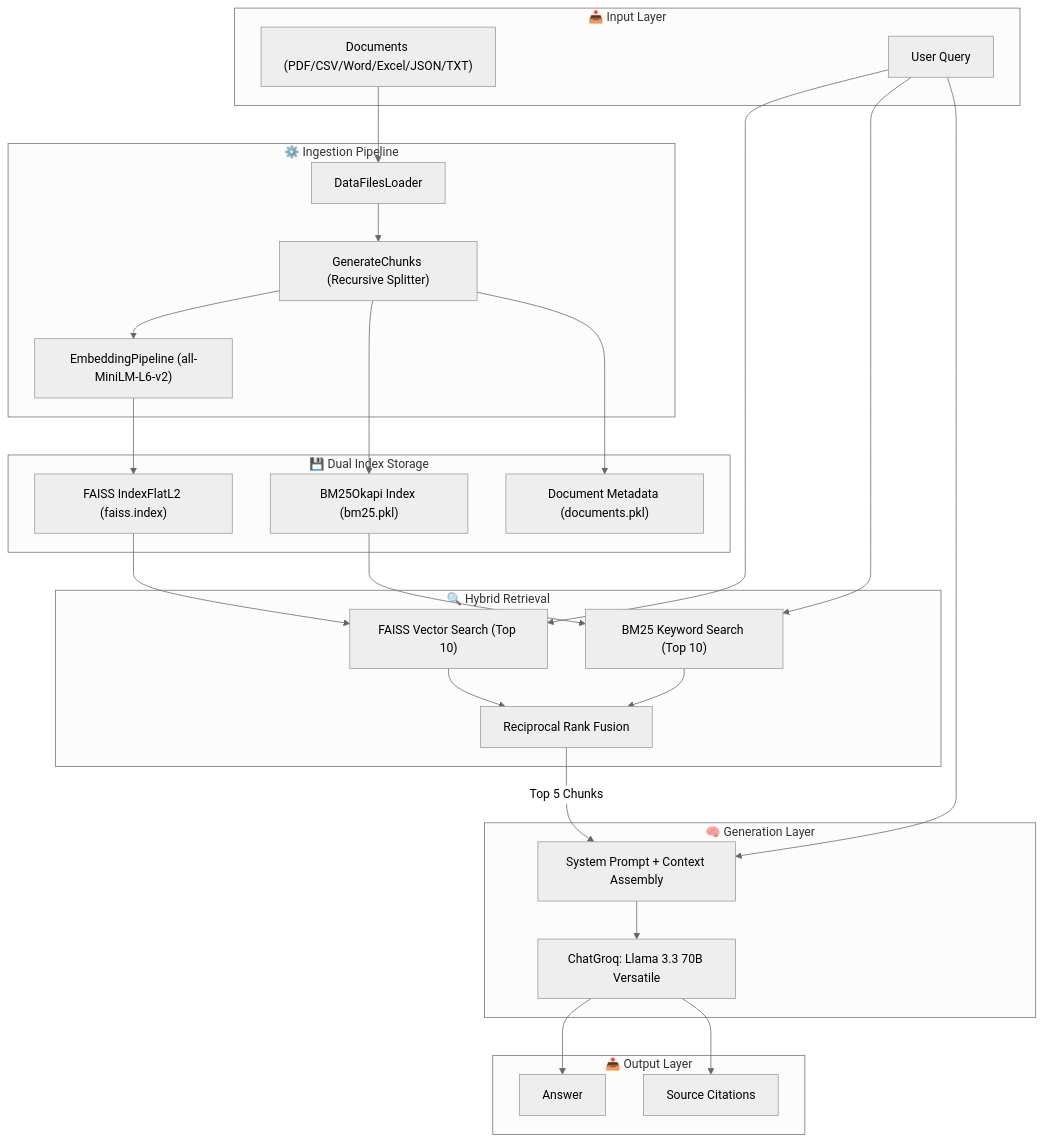
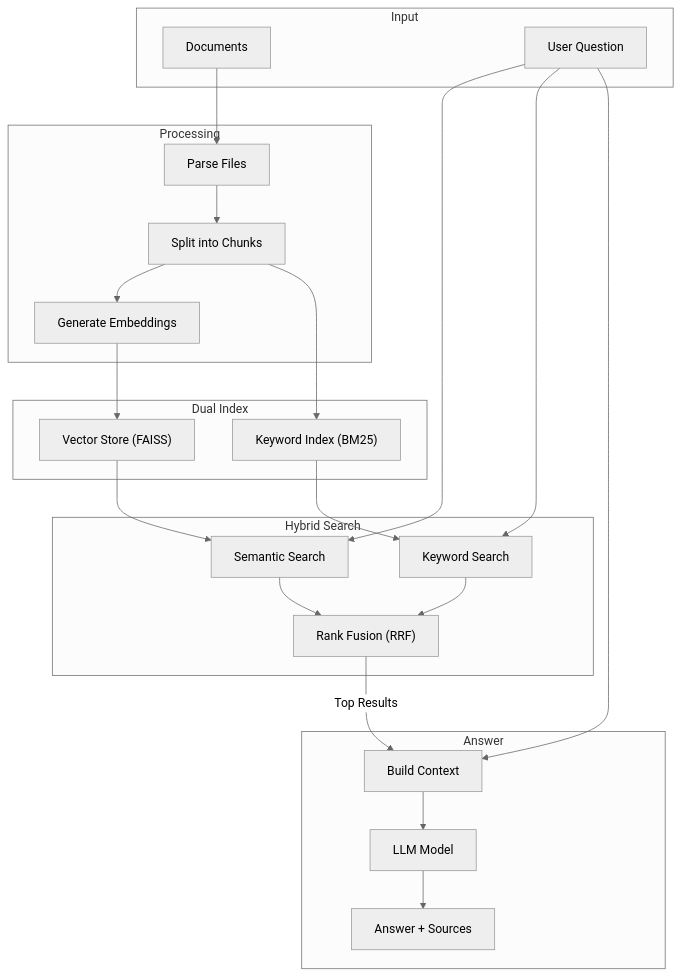
The second of 2 diagrams in README.md (krishna-notfound/sparkplug-rag), drawn with Mermaid (neutral theme) before and after one commit. The commit also changed other lines of this file, not shown here.

Commit message:
Minor improvement and fix

````diff
--- a/README.md
+++ b/README.md
@@ -116,54 +115,45 @@
 ```mermaid
 flowchart TB
-    subgraph Input["📥 Input Layer"]
-        FILES["Documents (PDF/CSV/Word/Excel/JSON/TXT)"]
-        QUERY["User Query"]
+    subgraph Input["Input"]
+        DOCS["Documents"]
+        QUERY["User Question"]
     end
 
-    subgraph Ingestion["⚙️ Ingestion Pipeline"]
-        LOAD["DataFilesLoader"]
-        CHUNK["GenerateChunks (Recursive Splitter)"]
-        EMBED["EmbeddingPipeline (all-MiniLM-L6-v2)"]
+    subgraph Processing["Processing"]
+        PARSE["Parse Files"]
+        SPLIT["Split into Chunks"]
+        ENCODE["Generate Embeddings"]
     end
 
-    subgraph Storage["💾 Dual Index Storage"]
-        FAISS_IDX["FAISS IndexFlatL2 (faiss.index)"]
-        BM25_IDX["BM25Okapi Index (bm25.pkl)"]
-        META["Document Metadata (documents.pkl)"]
+    subgraph Indexing["Dual Index"]
+        VECTOR["Vector Store (FAISS)"]
+        KEYWORD["Keyword Index (BM25)"]
     end
 
-    subgraph Retrieval["🔍 Hybrid Retrieval"]
-        VS_SEARCH["FAISS Vector Search (Top 10)"]
-        BM_SEARCH["BM25 Keyword Search (Top 10)"]
-        RRF["Reciprocal Rank Fusion"]
+    subgraph Search["Hybrid Search"]
+        SEM["Semantic Search"]
+        KW["Keyword Search"]
+        FUSE["Rank Fusion (RRF)"]
     end
 
-    subgraph Generation["🧠 Generation Layer"]
-        PROMPT["System Prompt + Context Assembly"]
-        LLM["ChatGroq: Llama 3.3 70B Versatile"]
+    subgraph Answer["Answer"]
+        CONTEXT["Build Context"]
+        LLM["LLM Model"]
+        RESPONSE["Answer + Sources"]
     end
 
-    subgraph Output["📤 Output Layer"]
-        ANS["Answer"]
-        SRC["Source Citations"]
-    end
+    DOCS --> PARSE --> SPLIT --> ENCODE --> VECTOR
+    SPLIT --> KEYWORD
 
-    FILES --> LOAD --> CHUNK
-    CHUNK --> EMBED --> FAISS_IDX
-    CHUNK --> BM25_IDX
-    CHUNK --> META
+    QUERY --> SEM
+    QUERY --> KW
+    VECTOR --> SEM
+    KEYWORD --> KW
 
-    QUERY --> VS_SEARCH
-    QUERY --> BM_SEARCH
-    FAISS_IDX --> VS_SEARCH
-    BM25_IDX --> BM_SEARCH
-    
-    VS_SEARCH --> RRF
-    BM_SEARCH --> RRF
-    
-    RRF -->|"Top 5 Chunks"| PROMPT
-    QUERY --> PROMPT
-    PROMPT --> LLM
-    LLM --> ANS
-    LLM --> SRC
+    SEM --> FUSE
+    KW --> FUSE
+
+    FUSE -->|"Top Results"| CONTEXT
+    QUERY --> CONTEXT
+    CONTEXT --> LLM --> RESPONSE
 ```
````
